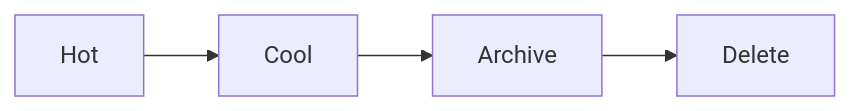
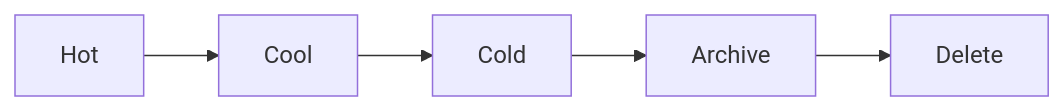
One commit to sunflynf/web-notes changed the eighth of 10 diagrams in docs/technologies/dotnet/azure-blob-sdk.md. Above: the diagram before and after it, drawn with Mermaid. The commit also changed other lines of this file and 7 other files, not shown here.

````diff
--- a/docs/technologies/dotnet/azure-blob-sdk.md
+++ b/docs/technologies/dotnet/azure-blob-sdk.md
@@ -441,6 +448,7 @@
 ```mermaid
 flowchart LR
     Hot --> Cool
-    Cool --> Archive
+    Cool --> Cold
+    Cold --> Archive
     Archive --> Delete
 ```
````
